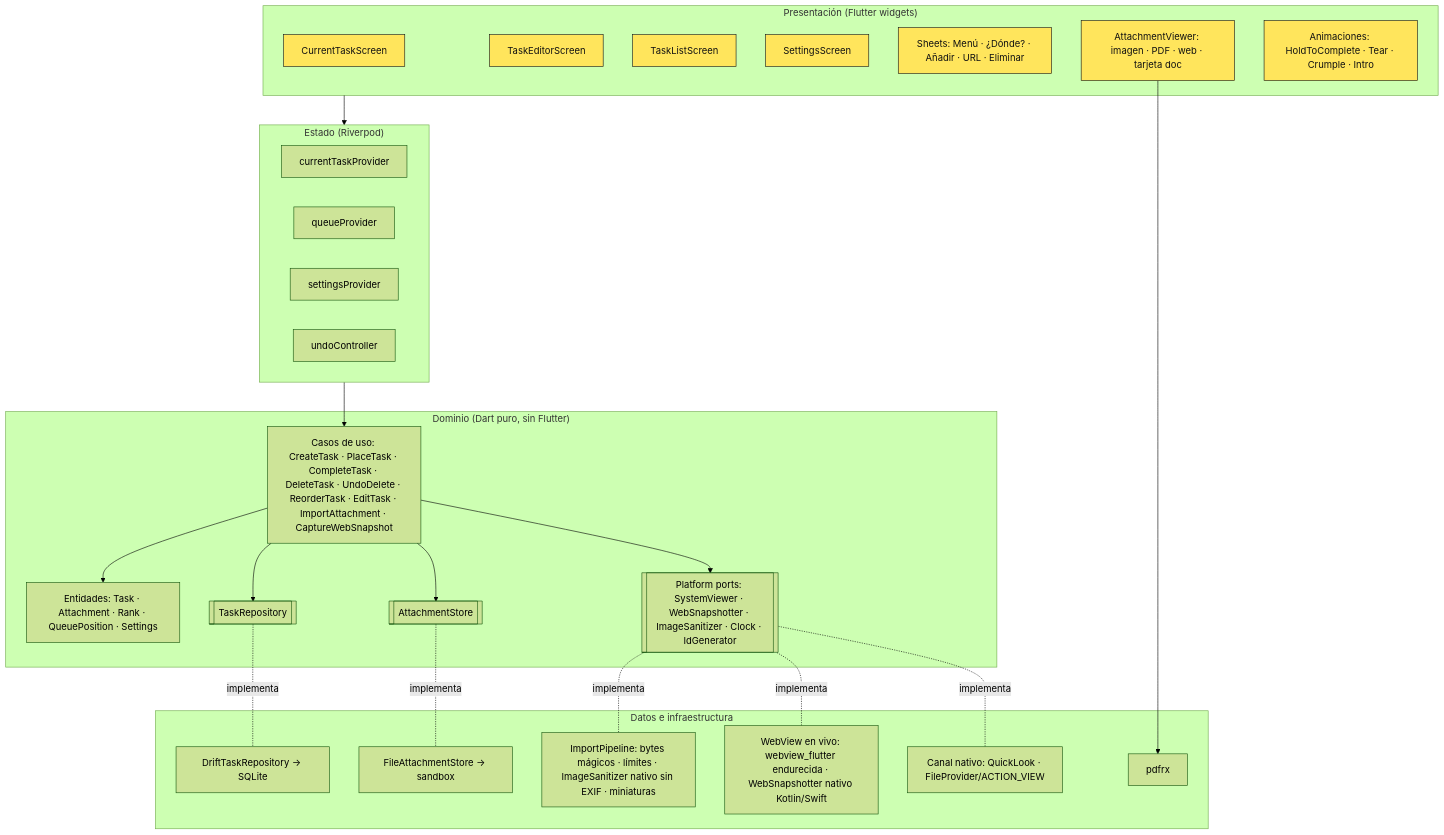
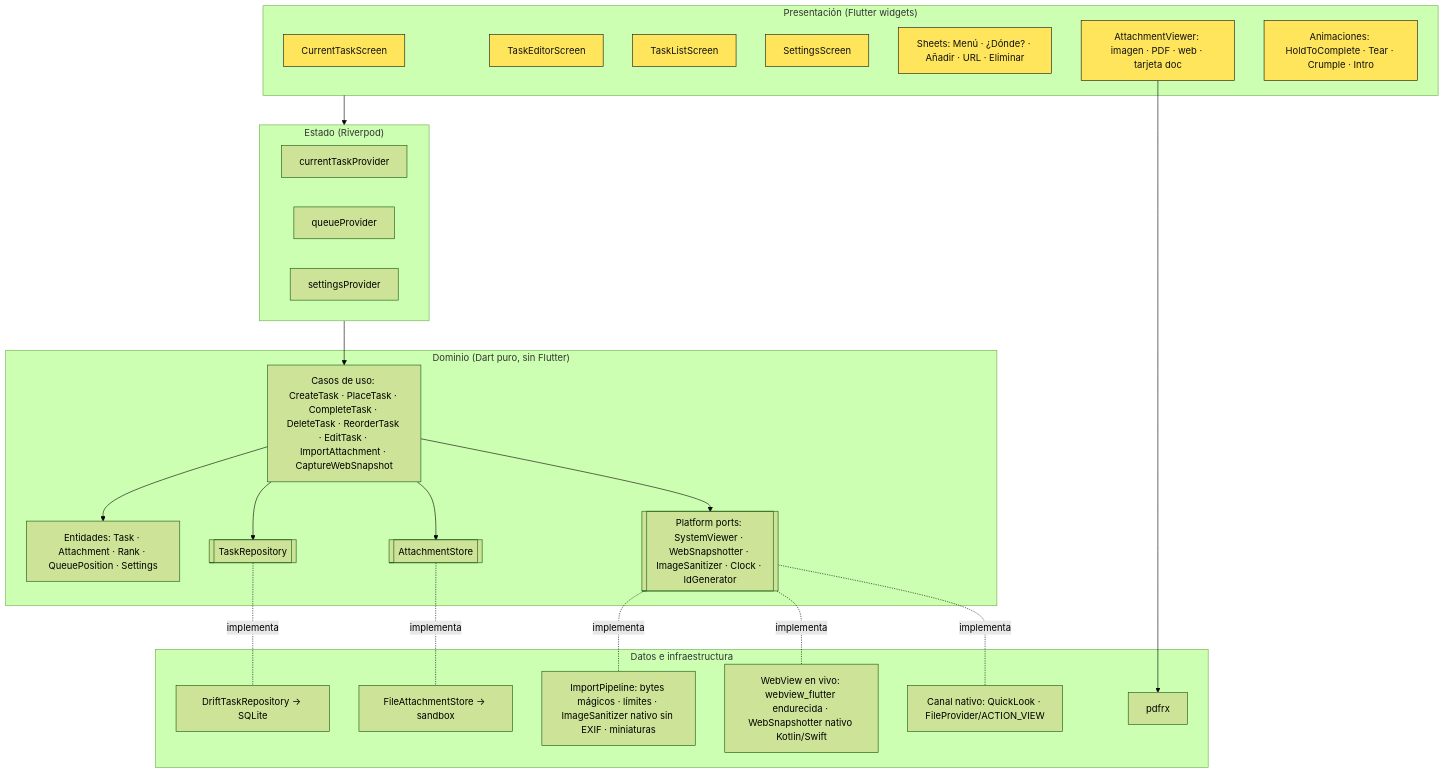
One commit to svallev/una changed the first of 4 diagrams in docs/architecture.md. Above: the diagram before and after it, drawn with Mermaid (forest theme). The commit also changed other lines of this file and 66 other files, not shown here.

````diff
--- a/docs/architecture.md
+++ b/docs/architecture.md
@@ -7,41 +7,40 @@
 ```mermaid
 flowchart TB
   subgraph UI["Presentación (Flutter widgets)"]
     S1[CurrentTaskScreen]:::ui
     S2[TaskEditorScreen]:::ui
     S3[TaskListScreen]:::ui
     S4[SettingsScreen]:::ui
     SH[Sheets: Menú · ¿Dónde? · Añadir · URL · Eliminar]:::ui
     V[AttachmentViewer: imagen · PDF · web · tarjeta doc]:::ui
     FX[Animaciones: HoldToComplete · Tear · Crumple · Intro]:::ui
   end
   subgraph STATE["Estado (Riverpod)"]
     P1[currentTaskProvider]
     P2[queueProvider]
     P3[settingsProvider]
-    P4[undoController]
   end
   subgraph DOMAIN["Dominio (Dart puro, sin Flutter)"]
-    UC[Casos de uso: CreateTask · PlaceTask · CompleteTask · DeleteTask · UndoDelete · ReorderTask · EditTask · ImportAttachment · CaptureWebSnapshot]
+    UC[Casos de uso: CreateTask · PlaceTask · CompleteTask · DeleteTask · ReorderTask · EditTask · ImportAttachment · CaptureWebSnapshot]
     E[Entidades: Task · Attachment · Rank · QueuePosition · Settings]
     RP[[TaskRepository]]
     AS[[AttachmentStore]]
     PF[[Platform ports: SystemViewer · WebSnapshotter · ImageSanitizer · Clock · IdGenerator]]
   end
   subgraph DATA["Datos e infraestructura"]
     DR[DriftTaskRepository → SQLite]
     FS[FileAttachmentStore → sandbox]
     IMP[ImportPipeline: bytes mágicos · límites · ImageSanitizer nativo sin EXIF · miniaturas]
     WV[WebView en vivo: webview_flutter endurecida · WebSnapshotter nativo Kotlin/Swift]
     PDF[pdfrx]
     NV[Canal nativo: QuickLook · FileProvider/ACTION_VIEW]
   end
   UI --> STATE --> UC
   UC --> E
   UC --> RP & AS & PF
   RP -.implementa.- DR
   AS -.implementa.- FS
   PF -.implementa.- IMP & WV & NV
   V --> PDF
   classDef ui fill:#FFE55C,stroke:#111,color:#111
 ```
````
